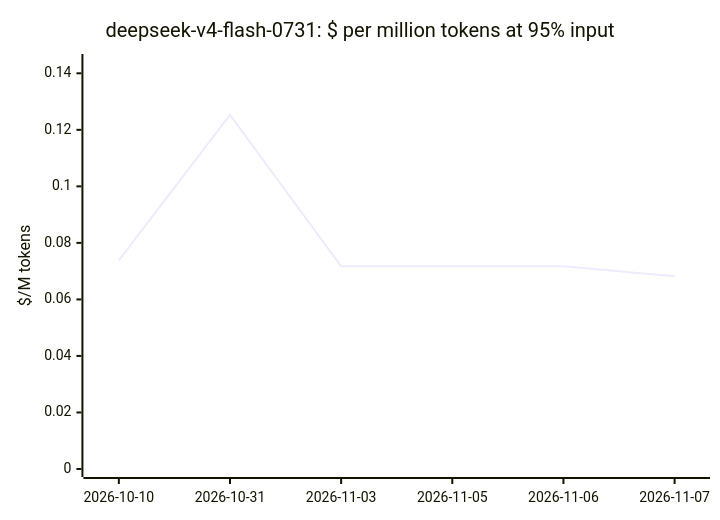
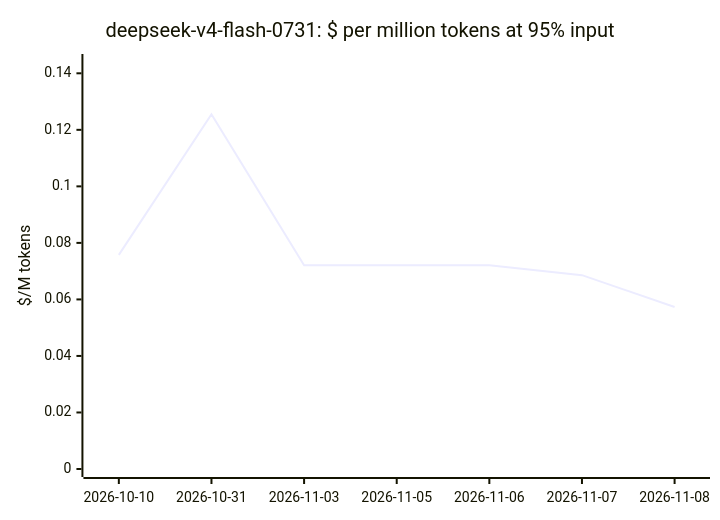
Before and after one commit to cklukas/OMEGA_TRANSFORM: the eighth of 20 diagrams in docs/openrouter-models.md, drawn with Mermaid. The commit also changed other lines of this file and 47 other files, not shown here.

````diff
--- a/docs/openrouter-models.md
+++ b/docs/openrouter-models.md
@@ -201,7 +202,7 @@
 ```mermaid
 xychart-beta
     title "deepseek-v4-flash-0731: $ per million tokens at 95% input"
-    x-axis ["2026-10-10", "2026-10-31", "2026-11-03", "2026-11-05", "2026-11-06", "2026-11-07"]
+    x-axis ["2026-10-10", "2026-10-31", "2026-11-03", "2026-11-05", "2026-11-06", "2026-11-07", "2026-11-08"]
     y-axis "$/M tokens" 0 --> 0.144
-    line [0.07378, 0.1253, 0.07171, 0.07171, 0.07171, 0.06821]
+    line [0.07577, 0.1255, 0.07209, 0.07209, 0.07209, 0.06859, 0.05734]
 ```
````
